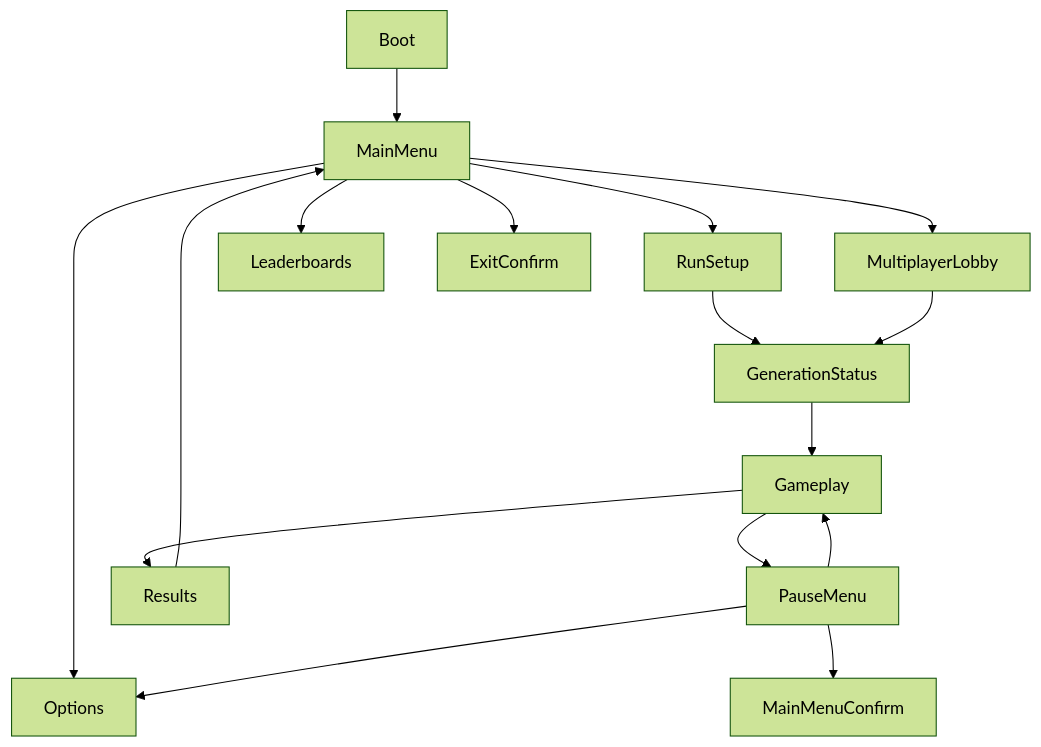
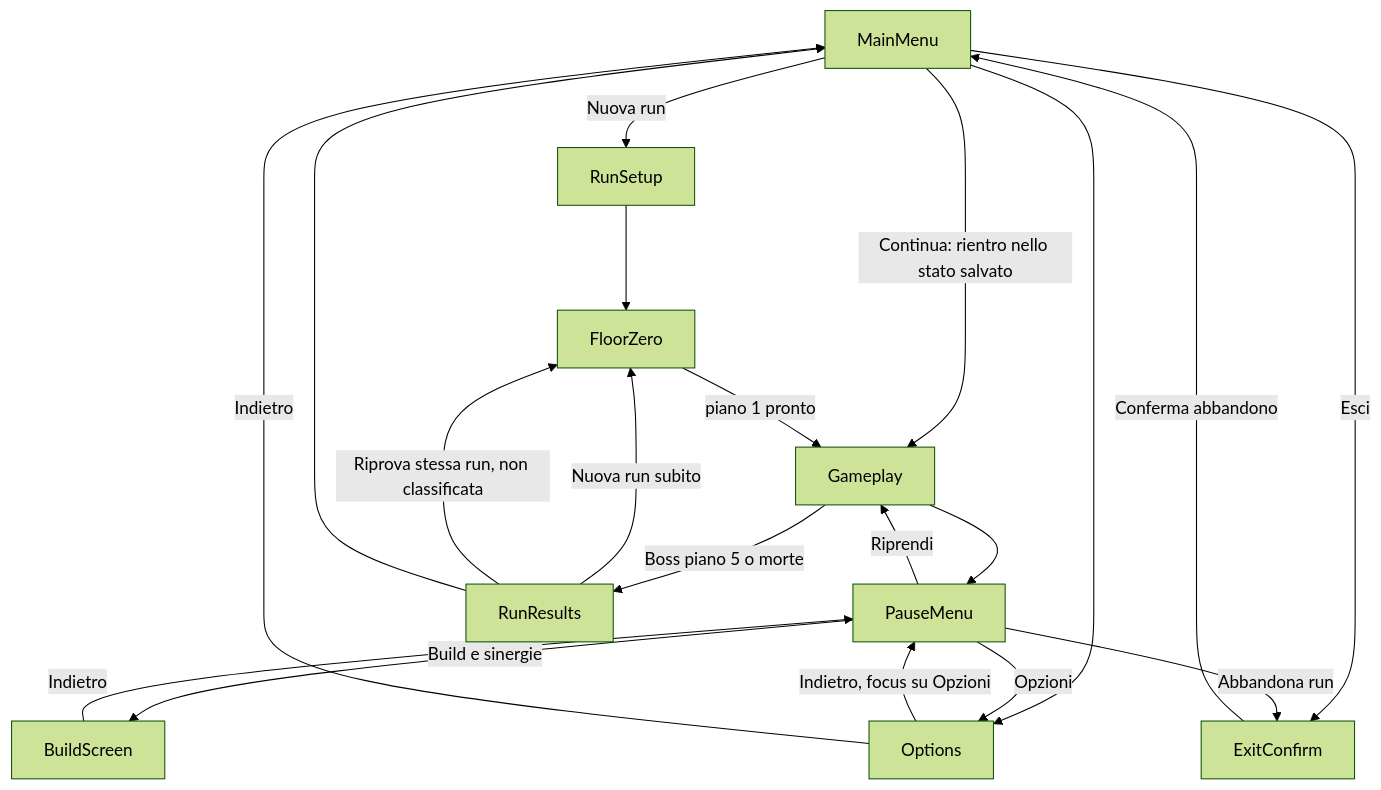
The diagram in game-design-knowledge-base/docs/game-design/ui/navigation-map.md (Praise32/worldsmelt), drawn with Mermaid (forest theme) before and after one commit. The commit also changed other lines of this file and 60 other files, not shown here.

````diff
--- a/game-design-knowledge-base/docs/game-design/ui/navigation-map.md
+++ b/game-design-knowledge-base/docs/game-design/ui/navigation-map.md
@@ -13,18 +19,22 @@
 ```mermaid
 flowchart TD
-    Boot --> MainMenu
-    MainMenu --> RunSetup
-    MainMenu --> MultiplayerLobby
-    MainMenu --> Leaderboards
+    MainMenu -->|Nuova run| RunSetup
+    MainMenu -->|Continua: rientro nello stato salvato| Gameplay
     MainMenu --> Options
-    MainMenu --> ExitConfirm
-    RunSetup --> GenerationStatus
-    GenerationStatus --> Gameplay
+    MainMenu -->|Esci| ExitConfirm
+    RunSetup --> FloorZero
+    FloorZero -->|piano 1 pronto| Gameplay
     Gameplay --> PauseMenu
-    PauseMenu --> Gameplay
-    PauseMenu --> Options
-    PauseMenu --> MainMenuConfirm
-    Gameplay --> Results
-    Results --> MainMenu
-    MultiplayerLobby --> GenerationStatus
+    PauseMenu -->|Riprendi| Gameplay
+    PauseMenu -->|Opzioni| Options
+    Options -->|Indietro, focus su Opzioni| PauseMenu
+    Options -->|Indietro| MainMenu
+    PauseMenu -->|Build e sinergie| BuildScreen
+    BuildScreen -->|Indietro| PauseMenu
+    PauseMenu -->|Abbandona run| ExitConfirm
+    ExitConfirm -->|Conferma abbandono| MainMenu
+    Gameplay -->|Boss piano 5 o morte| RunResults
+    RunResults -->|Nuova run subito| FloorZero
+    RunResults -->|Riprova stessa run, non classificata| FloorZero
+    RunResults --> MainMenu
 ```
````
